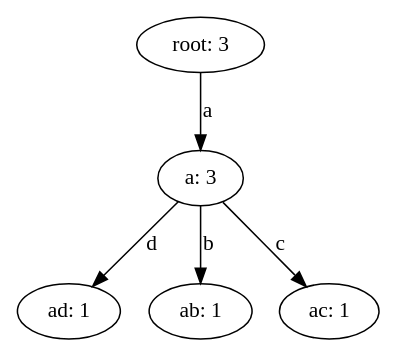
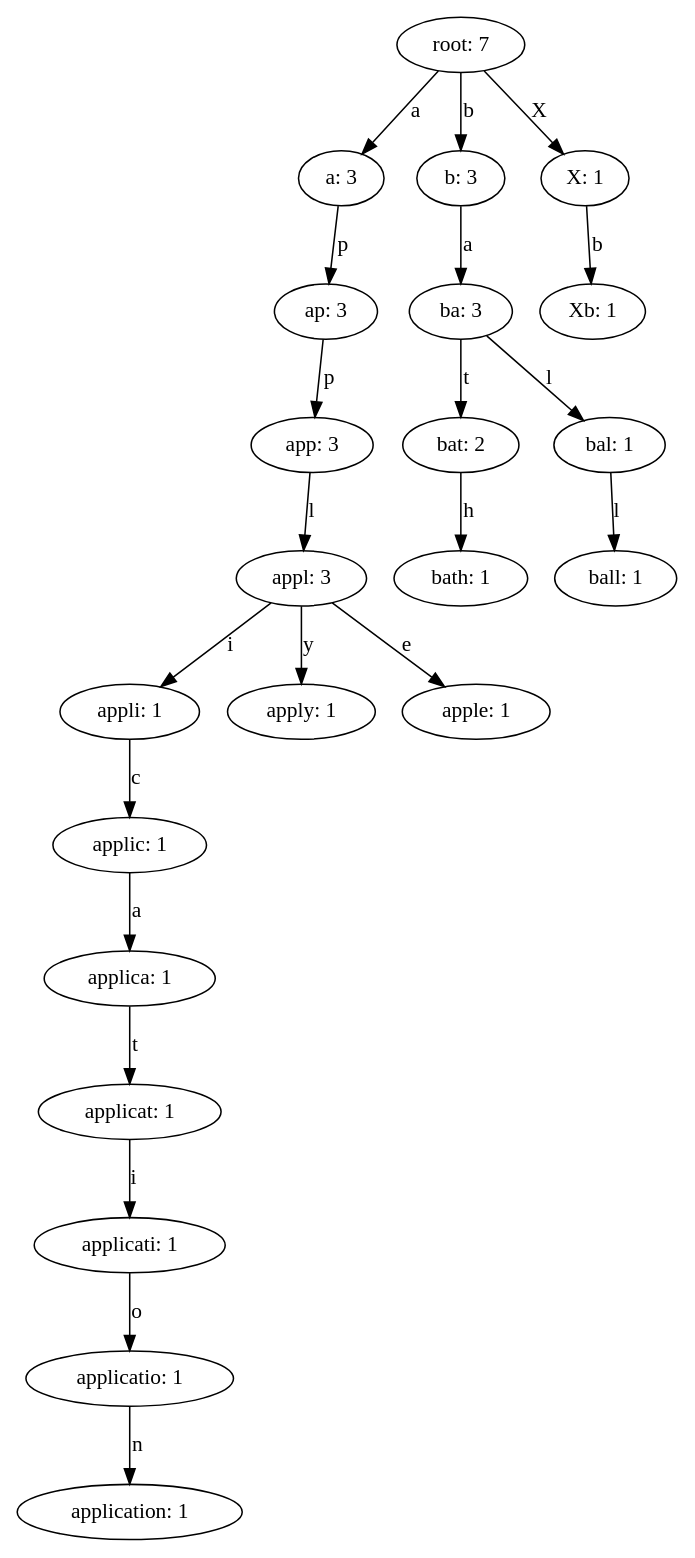
One commit to YuXuaann/Compile changed the diagram in task3/task3_3/result_pic/trie_0.dot. Above: the diagram before and after it, drawn with Graphviz. The commit also changed 6 other files, not shown here.

```diff
--- a/task3/task3_3/result_pic/trie_0.dot
+++ b/task3/task3_3/result_pic/trie_0.dot
@@ -1,11 +1,45 @@
 digraph {
-    0 [ label = "root: 3" ]
+    0 [ label = "root: 7" ]
     1 [ label = "a: 3" ]
-    2 [ label = "ad: 1" ]
-    3 [ label = "ab: 1" ]
-    4 [ label = "ac: 1" ]
+    2 [ label = "ap: 3" ]
+    3 [ label = "app: 3" ]
+    4 [ label = "appl: 3" ]
+    5 [ label = "appli: 1" ]
+    6 [ label = "applic: 1" ]
+    7 [ label = "applica: 1" ]
+    8 [ label = "applicat: 1" ]
+    9 [ label = "applicati: 1" ]
+    10 [ label = "applicatio: 1" ]
+    11 [ label = "application: 1" ]
+    12 [ label = "apply: 1" ]
+    13 [ label = "apple: 1" ]
+    14 [ label = "b: 3" ]
+    15 [ label = "ba: 3" ]
+    16 [ label = "bat: 2" ]
+    17 [ label = "bath: 1" ]
+    18 [ label = "bal: 1" ]
+    19 [ label = "ball: 1" ]
+    20 [ label = "X: 1" ]
+    21 [ label = "Xb: 1" ]
     0 -> 1 [ label = "a" ]
-    1 -> 2 [ label = "d" ]
-    1 -> 3 [ label = "b" ]
-    1 -> 4 [ label = "c" ]
+    1 -> 2 [ label = "p" ]
+    2 -> 3 [ label = "p" ]
+    3 -> 4 [ label = "l" ]
+    4 -> 5 [ label = "i" ]
+    5 -> 6 [ label = "c" ]
+    6 -> 7 [ label = "a" ]
+    7 -> 8 [ label = "t" ]
+    8 -> 9 [ label = "i" ]
+    9 -> 10 [ label = "o" ]
+    10 -> 11 [ label = "n" ]
+    4 -> 12 [ label = "y" ]
+    4 -> 13 [ label = "e" ]
+    0 -> 14 [ label = "b" ]
+    14 -> 15 [ label = "a" ]
+    15 -> 16 [ label = "t" ]
+    16 -> 17 [ label = "h" ]
+    15 -> 18 [ label = "l" ]
+    18 -> 19 [ label = "l" ]
+    0 -> 20 [ label = "X" ]
+    20 -> 21 [ label = "b" ]
 }
```
